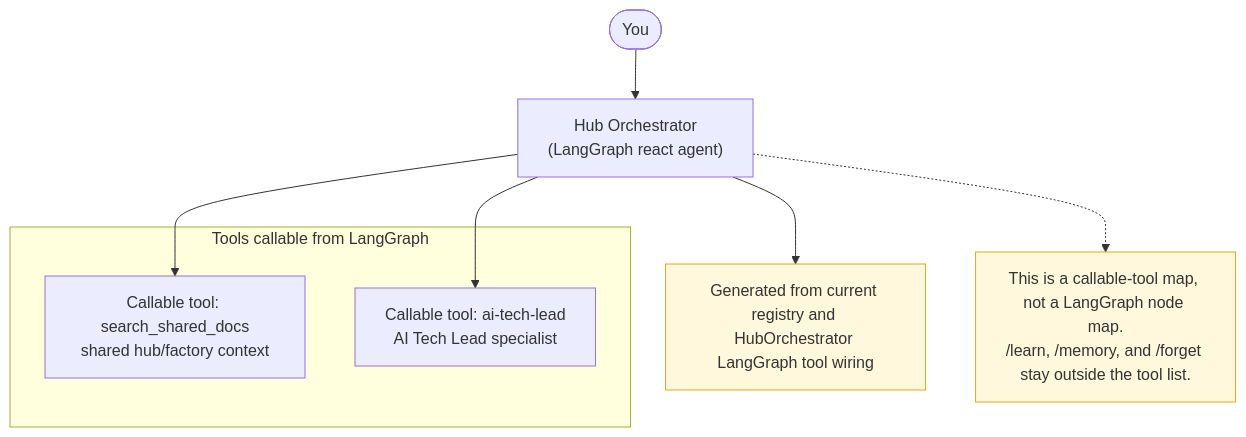
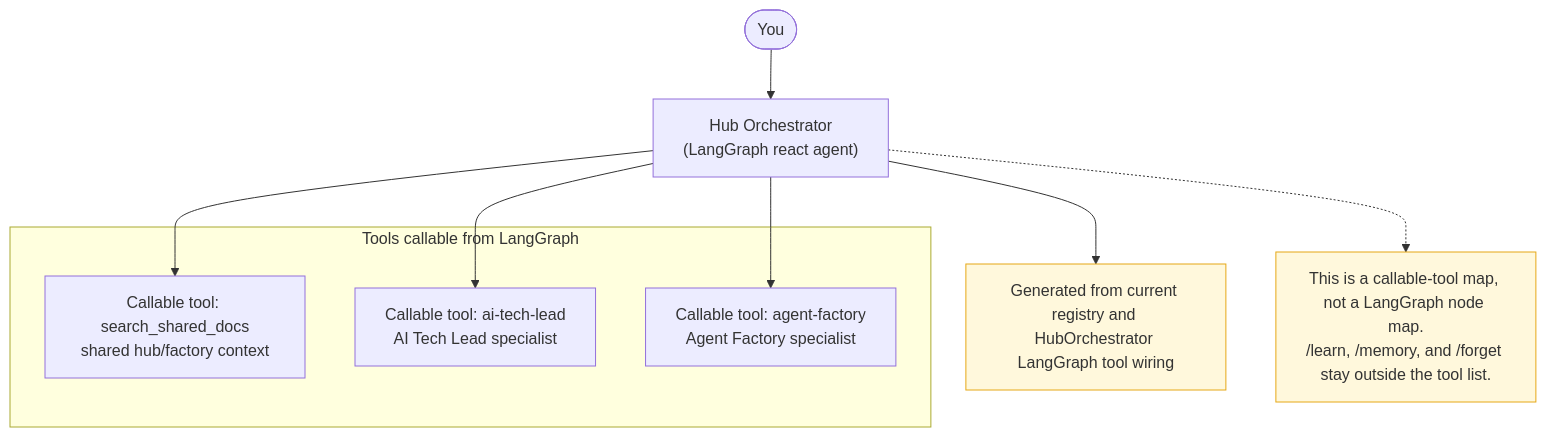
Before and after one commit to robvoto/agent-hub: the diagram in docs/diagrams/07-HUB-LANGGRAPH-TOOLS.mmd, drawn with Mermaid. The commit also changed 9 other files, not shown here.

Commit message:
Improve Hub workflow learning diagrams

```diff
--- a/docs/diagrams/07-HUB-LANGGRAPH-TOOLS.mmd
+++ b/docs/diagrams/07-HUB-LANGGRAPH-TOOLS.mmd
@@ -1,18 +1,20 @@
 flowchart TD
     You([You])
     Hub["Hub Orchestrator<br/>(LangGraph react agent)"]
 
     subgraph Tools["Tools callable from LangGraph"]
     tool_search_shared_docs["Callable tool: search_shared_docs<br/>shared hub/factory context"]
     agent_ai_tech_lead["Callable tool: ai-tech-lead<br/>AI Tech Lead specialist"]
+    agent_agent_factory["Callable tool: agent-factory<br/>Agent Factory specialist"]
     end
 
     You --> Hub
     Hub --> tool_search_shared_docs
     Hub --> agent_ai_tech_lead
+    Hub --> agent_agent_factory
 
     classDef note fill:#fff8dc,stroke:#e6a817;
     note["Generated from current registry and HubOrchestrator LangGraph tool wiring"]:::note
     commands_note["This is a callable-tool map, not a LangGraph node map.<br/>/learn, /memory, and /forget stay outside the tool list."]:::note
     Hub --> note
     Hub -.-> commands_note
```
